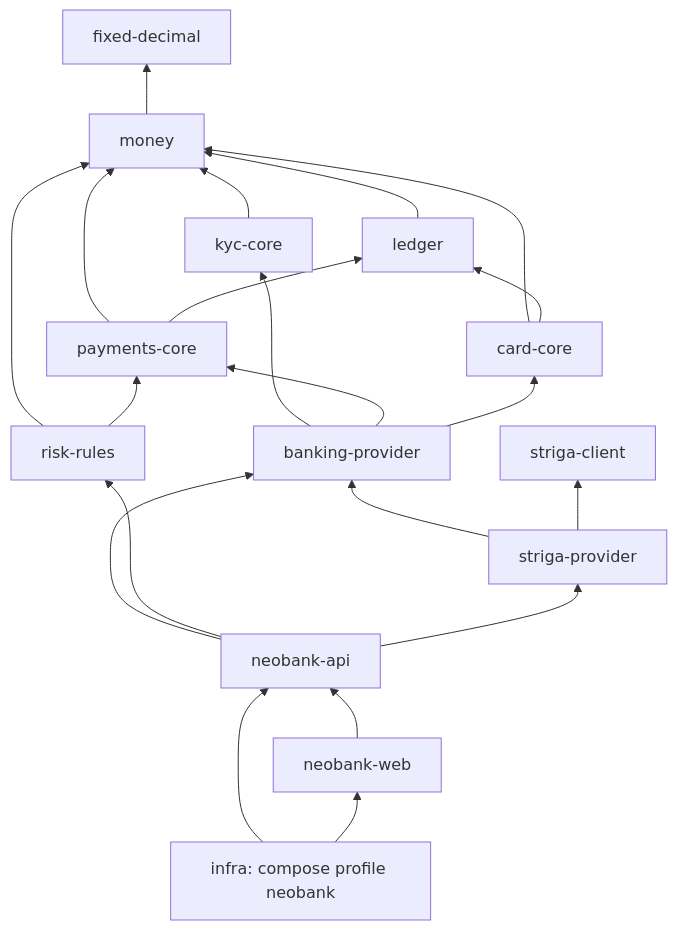
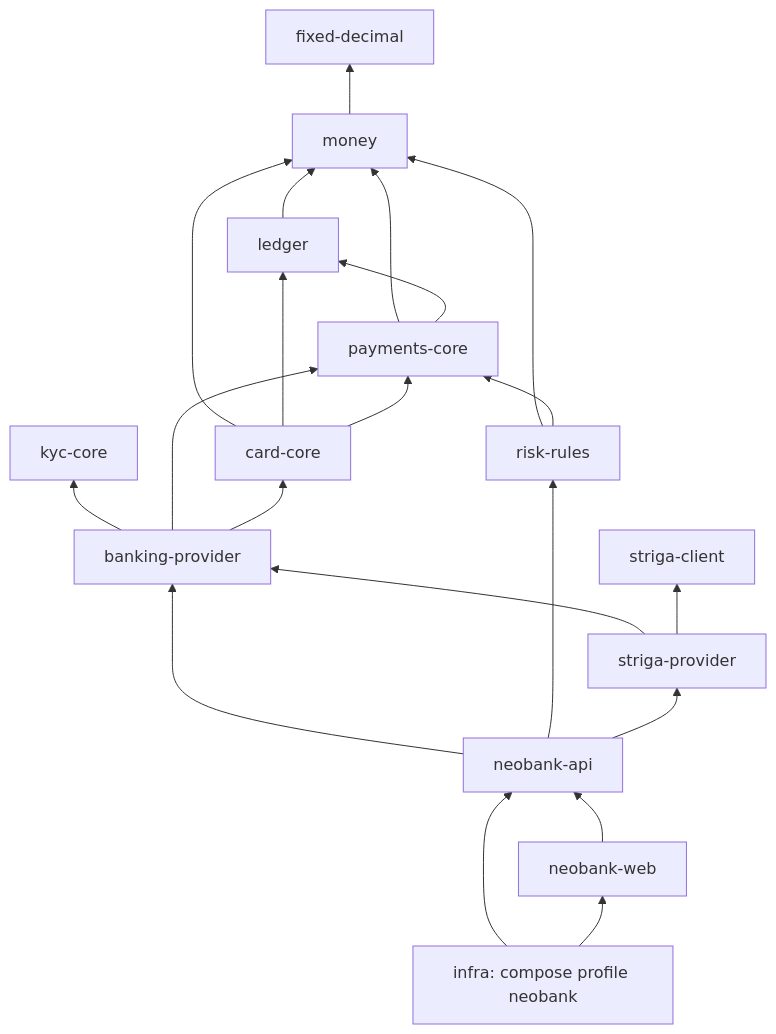
Before and after one commit to winterchill-trading/specs: the second of 4 diagrams in design/neobank.md, drawn with Mermaid. The commit also changed other lines of this file, not shown here.

Commit message:
docs: neobank status for kyc-core, payments-core, card-core

````diff
--- a/design/neobank.md
+++ b/design/neobank.md
@@ -117,37 +117,37 @@
 ```mermaid
 graph BT
   fixed_decimal["fixed-decimal"]
   money["money"]
   ledger["ledger"]
   kyc_core["kyc-core"]
   payments_core["payments-core"]
   card_core["card-core"]
   risk_rules["risk-rules"]
   banking_provider["banking-provider"]
   striga_client["striga-client"]
   striga_provider["striga-provider"]
   neobank_api["neobank-api"]
   neobank_web["neobank-web"]
   compose["infra: compose profile neobank"]
 
   money --> fixed_decimal
   ledger --> money
-  kyc_core --> money
   payments_core --> money
   payments_core --> ledger
   card_core --> money
   card_core --> ledger
+  card_core --> payments_core
   risk_rules --> money
   risk_rules --> payments_core
   banking_provider --> kyc_core
   banking_provider --> payments_core
   banking_provider --> card_core
   striga_provider --> banking_provider
   striga_provider --> striga_client
   neobank_api --> banking_provider
   neobank_api --> risk_rules
   neobank_api --> striga_provider
   neobank_web --> neobank_api
   compose --> neobank_api
   compose --> neobank_web
 ```
````
